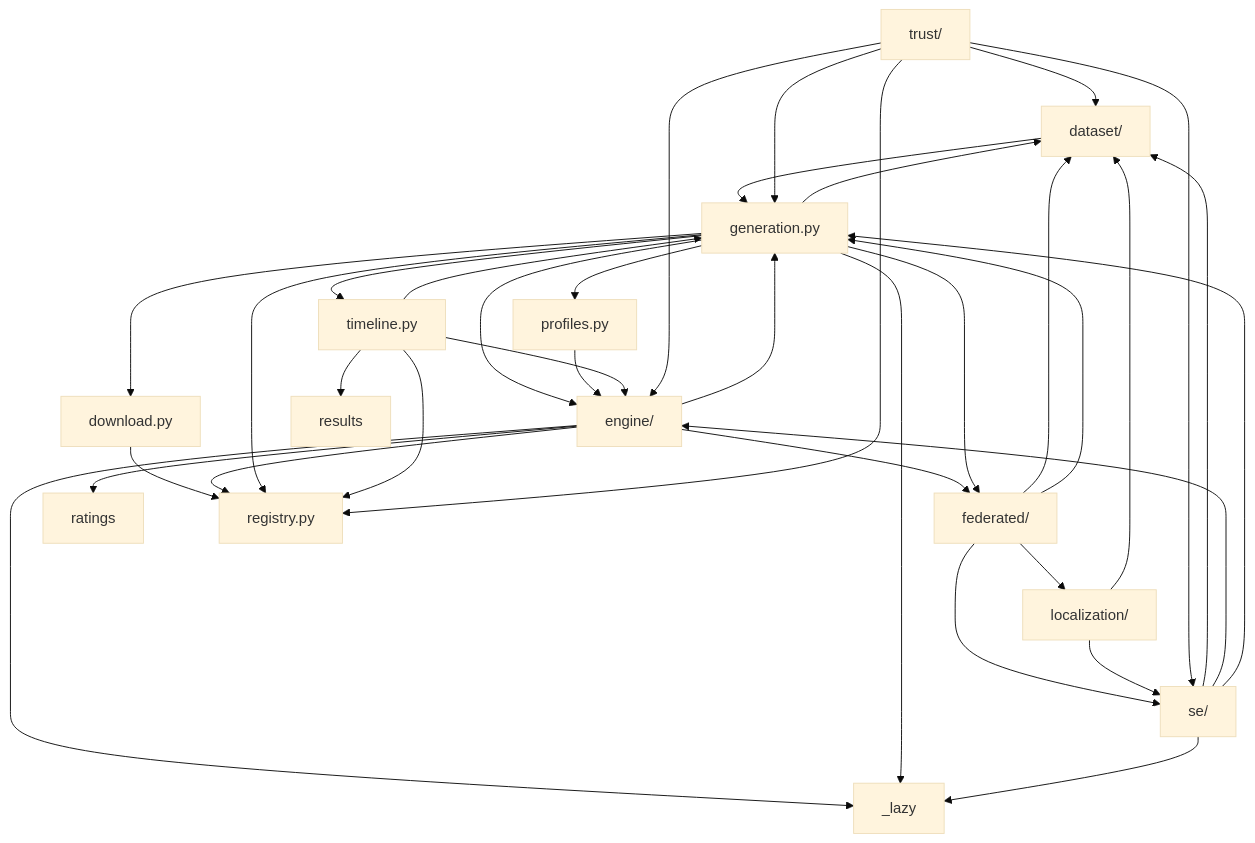
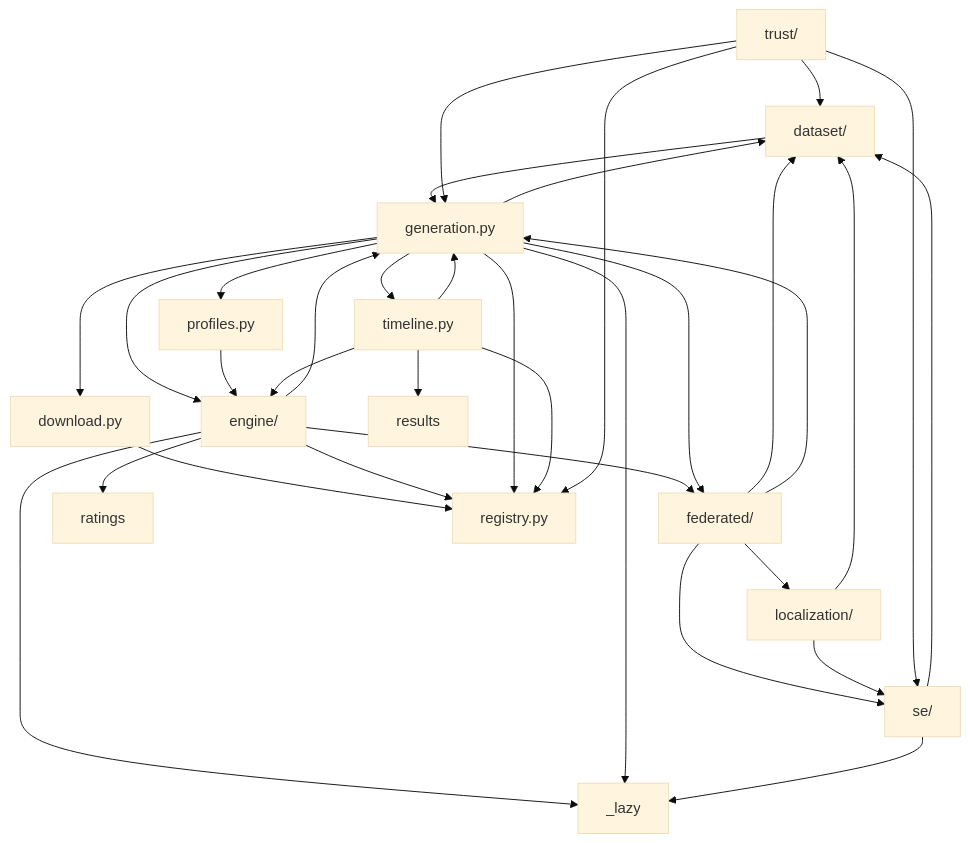
The diagram in docs/figures/diagrams/modules.mmd (myersben9/fdia-graph), drawn with Mermaid (base theme) before and after one commit. The commit also changed 146 other files, not shown here.

```diff
--- a/docs/figures/diagrams/modules.mmd
+++ b/docs/figures/diagrams/modules.mmd
@@ -1,50 +1,47 @@
 flowchart TB
     _lazy["_lazy"]
     dataset["dataset/"]
     download["download.py"]
     engine["engine/"]
     federated["federated/"]
     generation["generation.py"]
     localization["localization/"]
     profiles["profiles.py"]
     ratings["ratings"]
     registry["registry.py"]
     results["results"]
     se["se/"]
     timeline["timeline.py"]
     trust["trust/"]
     dataset --> generation
     download --> registry
     engine --> _lazy
     engine --> federated
     engine --> generation
     engine --> ratings
     engine --> registry
     federated --> dataset
     federated --> generation
     federated --> localization
     federated --> se
     generation --> _lazy
     generation --> dataset
     generation --> download
     generation --> engine
     generation --> federated
     generation --> profiles
     generation --> registry
     generation --> timeline
     localization --> dataset
     localization --> se
     profiles --> engine
     se --> _lazy
     se --> dataset
-    se --> engine
-    se --> generation
     timeline --> engine
     timeline --> generation
     timeline --> registry
     timeline --> results
     trust --> dataset
-    trust --> engine
     trust --> generation
     trust --> registry
     trust --> se
```
